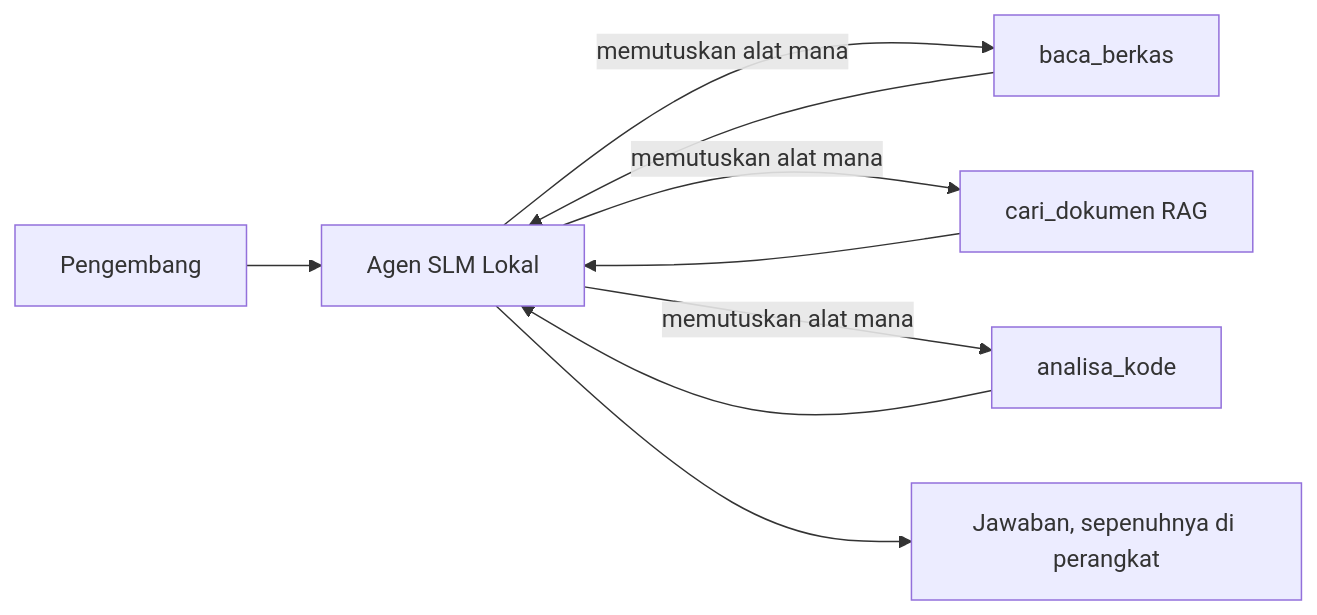
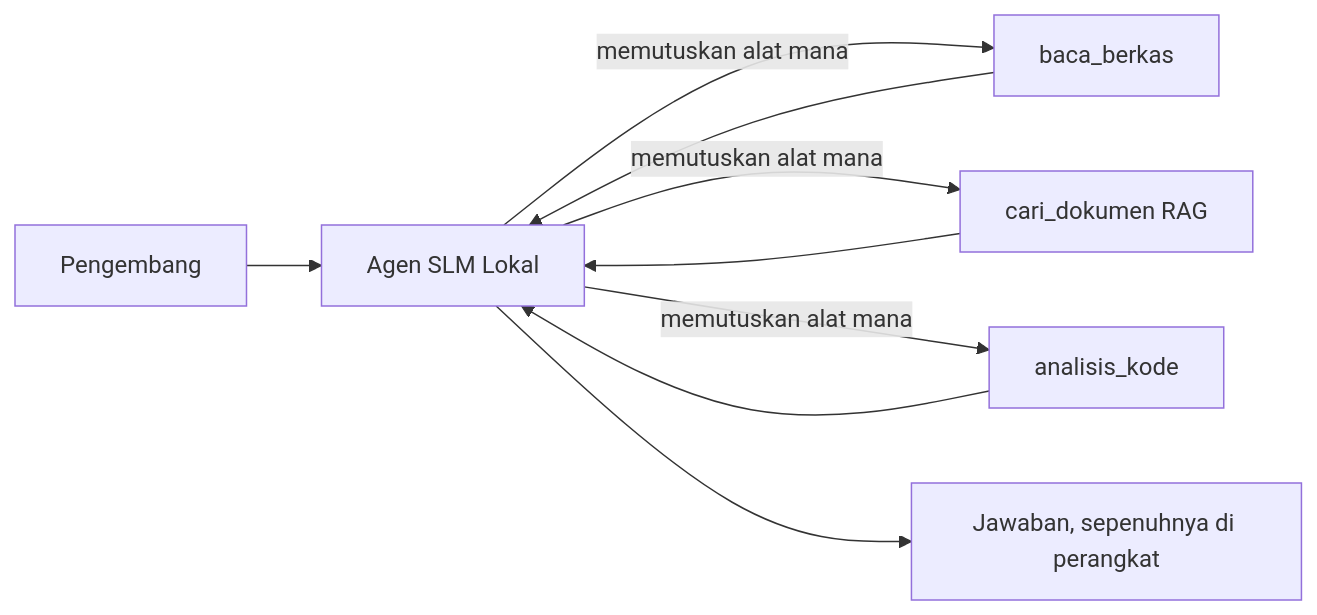
The first of 4 diagrams in translations/id/17-creating-local-ai-agents/README.md (microsoft/ai-agents-for-beginners), drawn with Mermaid before and after one commit. The commit also changed other lines of this file and 46 other files, not shown here.

````diff
--- a/translations/id/17-creating-local-ai-agents/README.md
+++ b/translations/id/17-creating-local-ai-agents/README.md
@@ -66,11 +66,11 @@
 ```mermaid
 flowchart LR
     U[Pengembang] --> A[Agen SLM Lokal]
     A -->|memutuskan alat mana| T1[baca_berkas]
     A -->|memutuskan alat mana| T2[cari_dokumen RAG]
-    A -->|memutuskan alat mana| T3[analisa_kode]
+    A -->|memutuskan alat mana| T3[analisis_kode]
     T1 --> A
     T2 --> A
     T3 --> A
     A --> R[Jawaban, sepenuhnya di perangkat]
 ```
````
